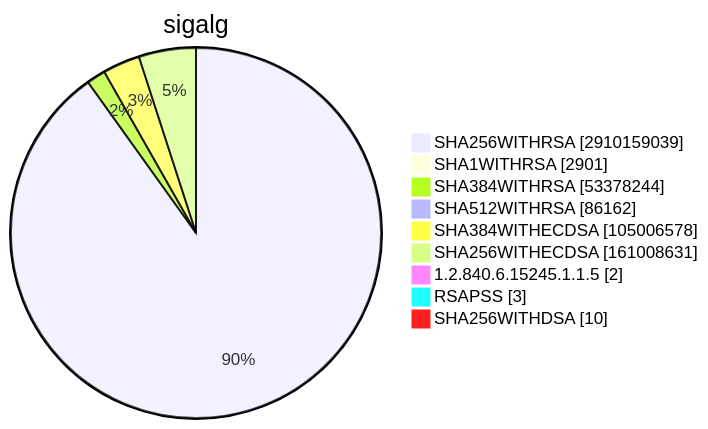
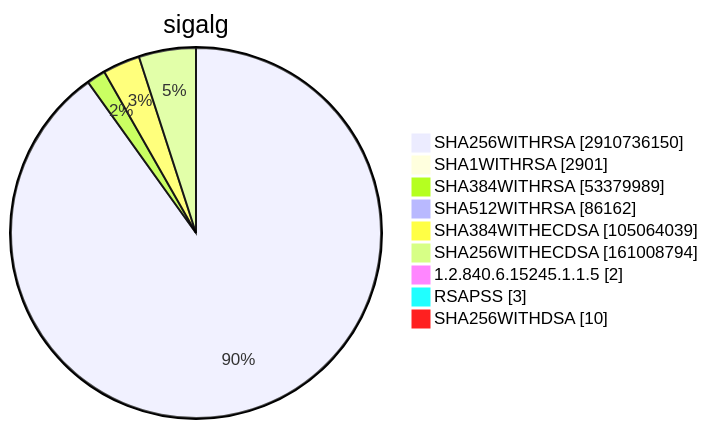
One commit to christiankrug/ctmonitor_visualization changed diagram 15 of 15 in TOTAL/README.md. Above: the diagram before and after it, drawn with Mermaid. The commit also changed other lines of this file, not shown here.

````diff
--- a/TOTAL/README.md
+++ b/TOTAL/README.md
@@ -6207,13 +6207,13 @@
 ```mermaid
 pie showData
 title sigalg
-"SHA256WITHRSA" :2910159039
+"SHA256WITHRSA" :2910736150
 "SHA1WITHRSA" :2901
-"SHA384WITHRSA" :53378244
+"SHA384WITHRSA" :53379989
 "SHA512WITHRSA" :86162
-"SHA384WITHECDSA" :105006578
-"SHA256WITHECDSA" :161008631
+"SHA384WITHECDSA" :105064039
+"SHA256WITHECDSA" :161008794
 "1.2.840.6.15245.1.1.5" :2
 "RSAPSS" :3
 "SHA256WITHDSA" :10
 ```
````
